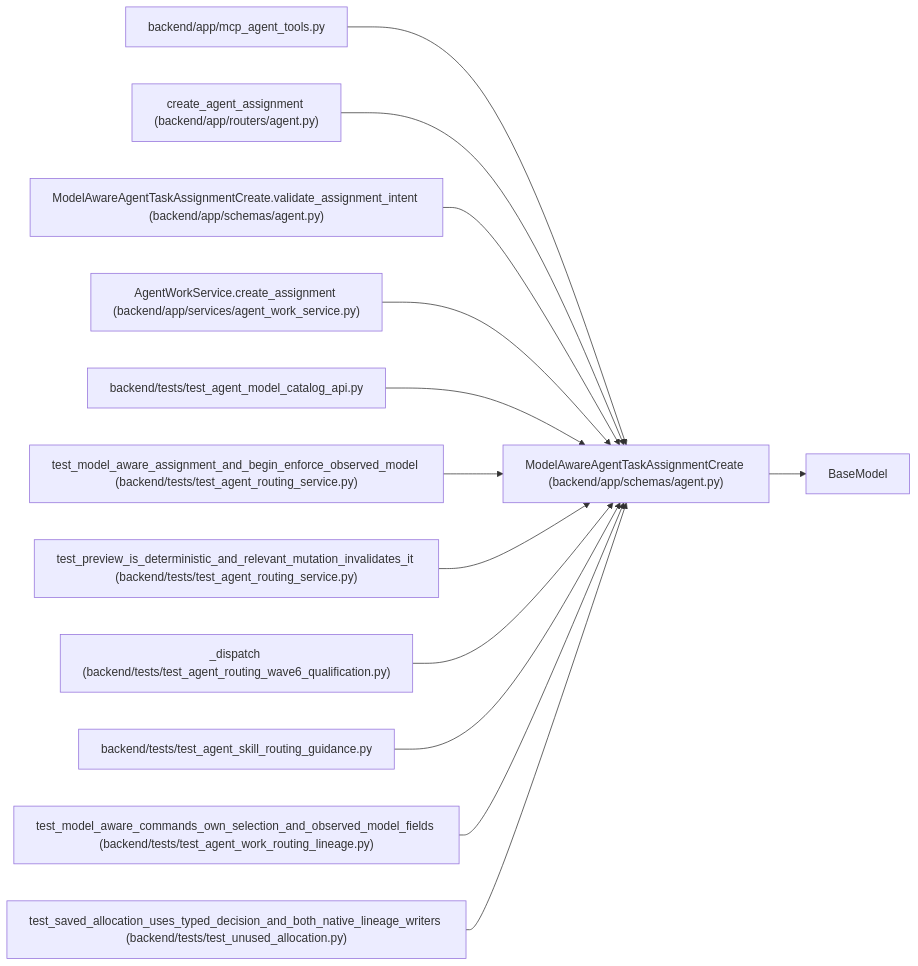
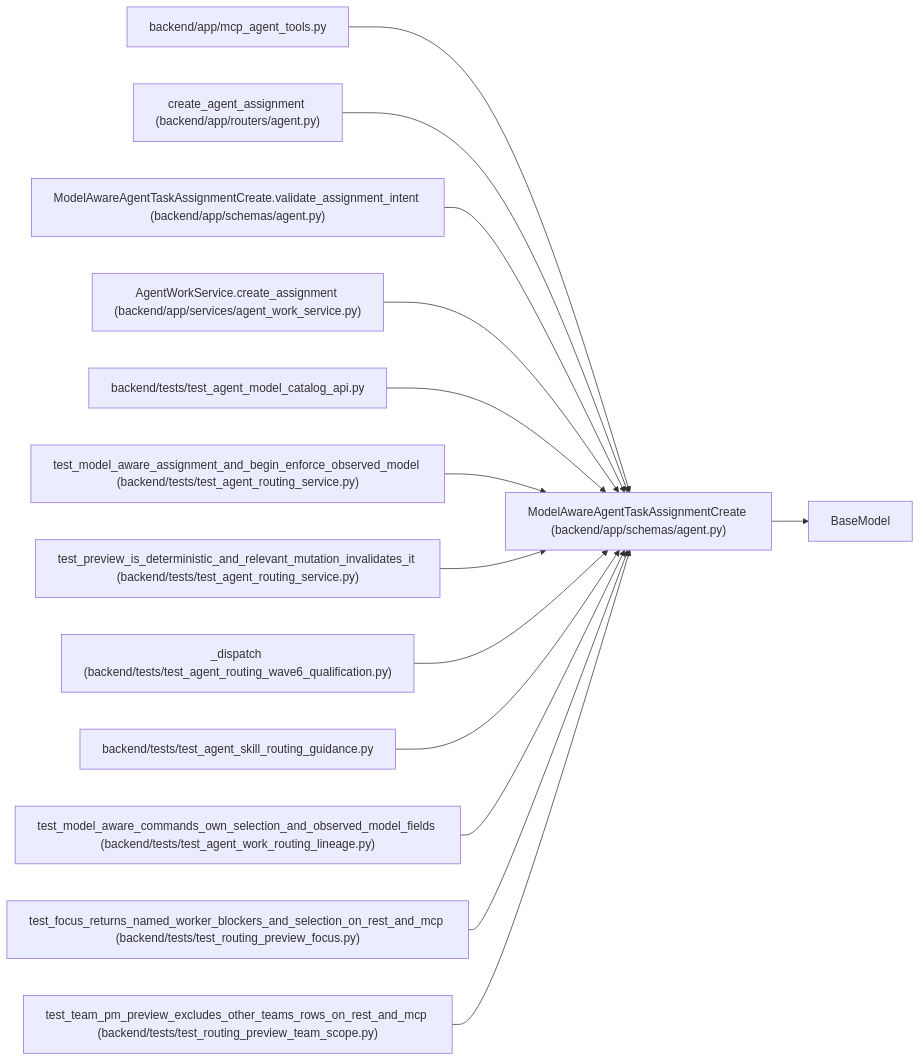
One commit to Denissvgn/WorkChord changed the diagram in docs/llm_wiki/entities/schemas_agent_ModelAwareAgentTaskAssignmentCreate.md. Above: the diagram before and after it, drawn with Mermaid. The commit also changed other lines of this file and 1817 other files, not shown here.

First line of the commit message:
Refresh the architectural wiki for the 1.9.0 changes

````diff
--- a/docs/llm_wiki/entities/schemas_agent_ModelAwareAgentTaskAssignmentCreate.md
+++ b/docs/llm_wiki/entities/schemas_agent_ModelAwareAgentTaskAssignmentCreate.md
@@ -58,40 +58,43 @@
 ```mermaid
 flowchart LR
     n0["ModelAwareAgentTaskAssignmentCreate (backend/app/schemas/agent.py)"]
     n1["BaseModel"]
     n2["backend/app/mcp_agent_tools.py"]
     n3["create_agent_assignment (backend/app/routers/agent.py)"]
     n4["ModelAwareAgentTaskAssignmentCreate.validate_assignment_intent (backend/app/schemas/agent.py)"]
     n5["AgentWorkService.create_assignment (backend/app/services/agent_work_service.py)"]
     n6["backend/tests/test_agent_model_catalog_api.py"]
     n7["test_model_aware_assignment_and_begin_enforce_observed_model (backend/tests/test_agent_routing_service.py)"]
     n8["test_preview_is_deterministic_and_relevant_mutation_invalidates_it (backend/tests/test_agent_routing_service.py)"]
     n9["_dispatch (backend/tests/test_agent_routing_wave6_qualification.py)"]
     n10["backend/tests/test_agent_skill_routing_guidance.py"]
     n11["test_model_aware_commands_own_selection_and_observed_model_fields (backend/tests/test_agent_work_routing_lineage.py)"]
-    n12["test_saved_allocation_uses_typed_decision_and_both_native_lineage_writers (backend/tests/test_unused_allocation.py)"]
+    n12["test_focus_returns_named_worker_blockers_and_selection_on_rest_and_mcp (backend/tests/test_routing_preview_focus.py)"]
+    n13["test_team_pm_preview_excludes_other_teams_rows_on_rest_and_mcp (backend/tests/test_routing_preview_team_scope.py)"]
     n0 --> n1
     n2 --> n0
     n3 --> n0
     n4 --> n0
     n5 --> n0
     n6 --> n0
     n7 --> n0
     n8 --> n0
     n9 --> n0
     n10 --> n0
     n11 --> n0
     n12 --> n0
+    n13 --> n0
     click n0 "../modules/schemas_agent.md"
     click n2 "../modules/mcp_agent_tools.md"
     click n3 "../modules/routers_agent.md"
     click n4 "../modules/schemas_agent.md"
     click n5 "../modules/agent_work_service.md"
     click n6 "../modules/test_agent_model_catalog_api.md"
     click n7 "../modules/test_agent_routing_service.md"
     click n8 "../modules/test_agent_routing_service.md"
     click n9 "../modules/test_agent_routing_wave6_qualification.md"
     click n10 "../modules/test_agent_skill_routing_guidance.md"
     click n11 "../modules/test_agent_work_routing_lineage.md"
-    click n12 "../modules/test_unused_allocation.md"
+    click n12 "../modules/test_routing_preview_focus.md"
+    click n13 "../modules/test_routing_preview_team_scope.md"
 ```
````
